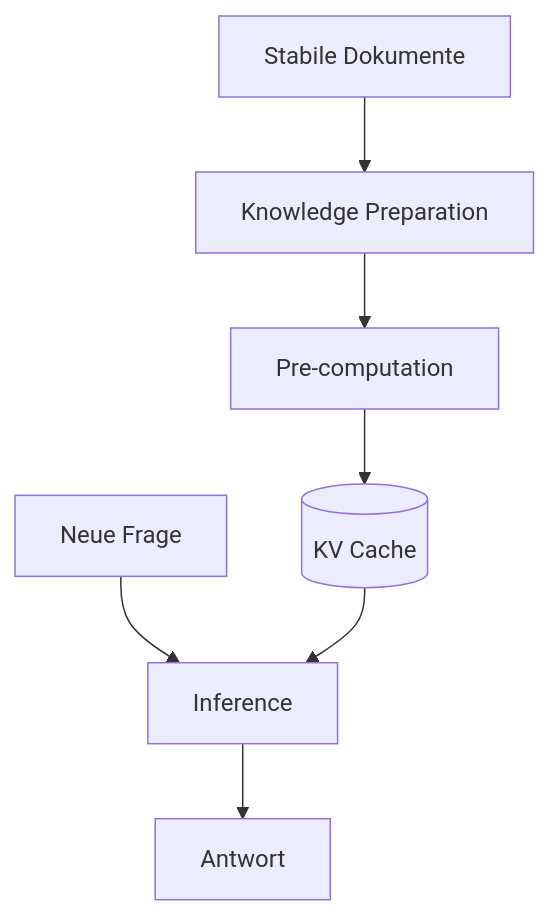
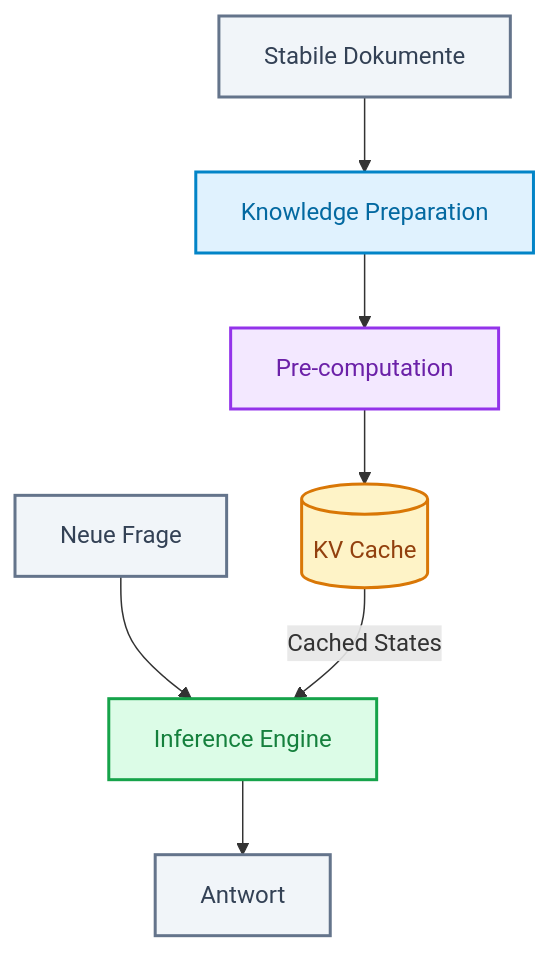
One commit to ralf-42/Agenten changed the second of 2 diagrams in docs/04-agenten-implementierung/kontext-wissen/long-context-cag.md. Above: the diagram before and after it, drawn with Mermaid. The commit also changed other lines of this file and 2 other files, not shown here.

````diff
--- a/docs/04-agenten-implementierung/kontext-wissen/long-context-cag.md
+++ b/docs/04-agenten-implementierung/kontext-wissen/long-context-cag.md
@@ -93,9 +109,26 @@
 ```mermaid
 flowchart TB
-    D[Stabile Dokumente] --> Prep[Knowledge Preparation]
-    Prep --> Pre[Pre-computation]
-    Pre --> KV[(KV Cache)]
-    Q[Neue Frage] --> Inf[Inference]
-    KV --> Inf
-    Inf --> A[Antwort]
+    %% Styling-Klassen
+    classDef offline fill:#e0f2fe,stroke:#0284c7,stroke-width:2px,color:#0369a1;
+    classDef precompute fill:#f3e8ff,stroke:#9333ea,stroke-width:2px,color:#6b21a8;
+    classDef cache fill:#fef3c7,stroke:#d97706,stroke-width:2px,color:#92400e;
+    classDef online fill:#dcfce7,stroke:#16a34a,stroke-width:2px,color:#15803d;
+    classDef io fill:#f1f5f9,stroke:#64748b,stroke-width:2px,color:#334155;
+
+    %% Nodes
+    D[Stabile Dokumente]:::io
+    Prep[Knowledge Preparation]:::offline
+    Pre[Pre-computation]:::precompute
+    KV[(KV Cache)]:::cache
+    Q[Neue Frage]:::io
+    Inf[Inference Engine]:::online
+    A[Antwort]:::io
+
+    %% Edges
+    D --> Prep
+    Prep --> Pre
+    Pre --> KV
+    Q --> Inf
+    KV -->|Cached States| Inf
+    Inf --> A
 ```
````
